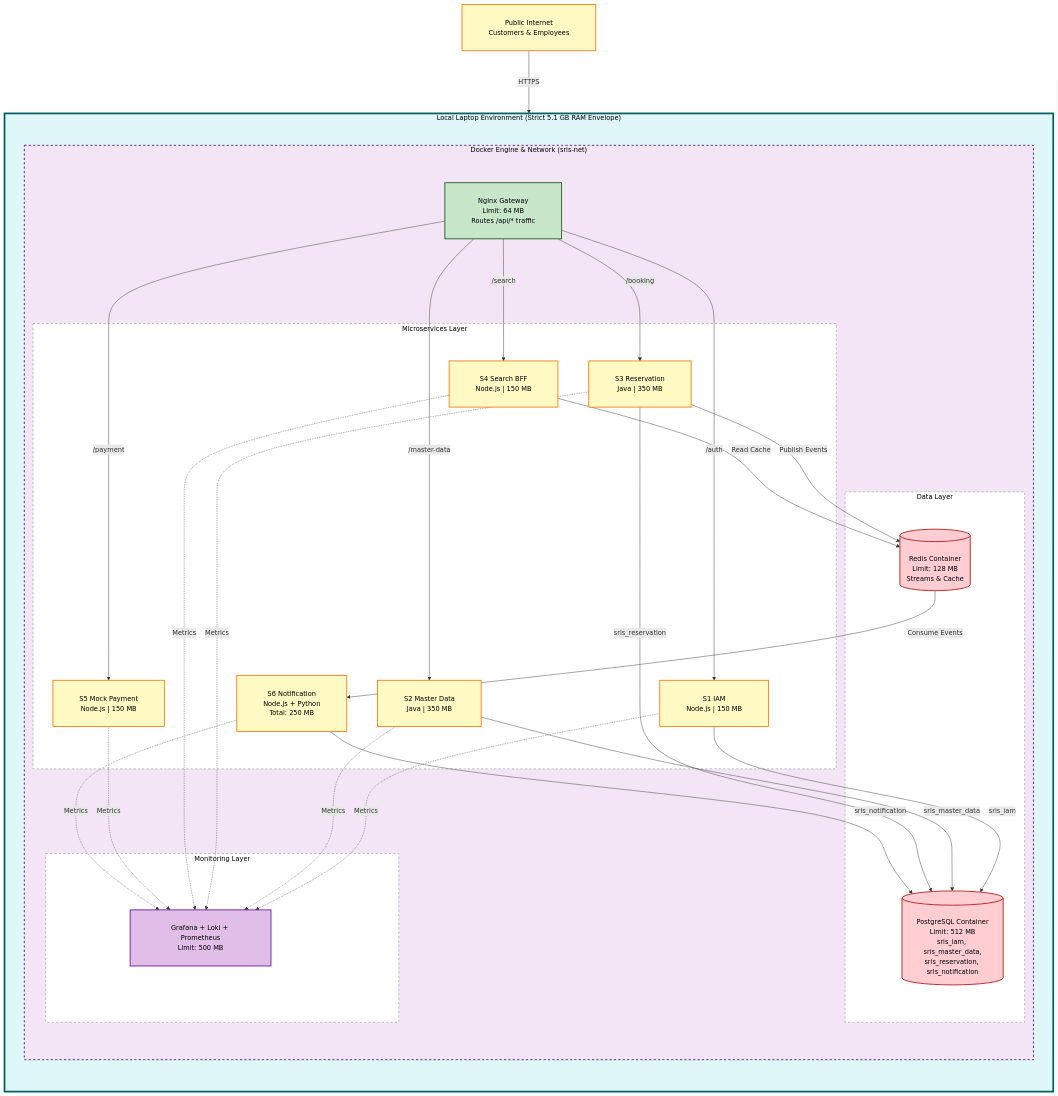
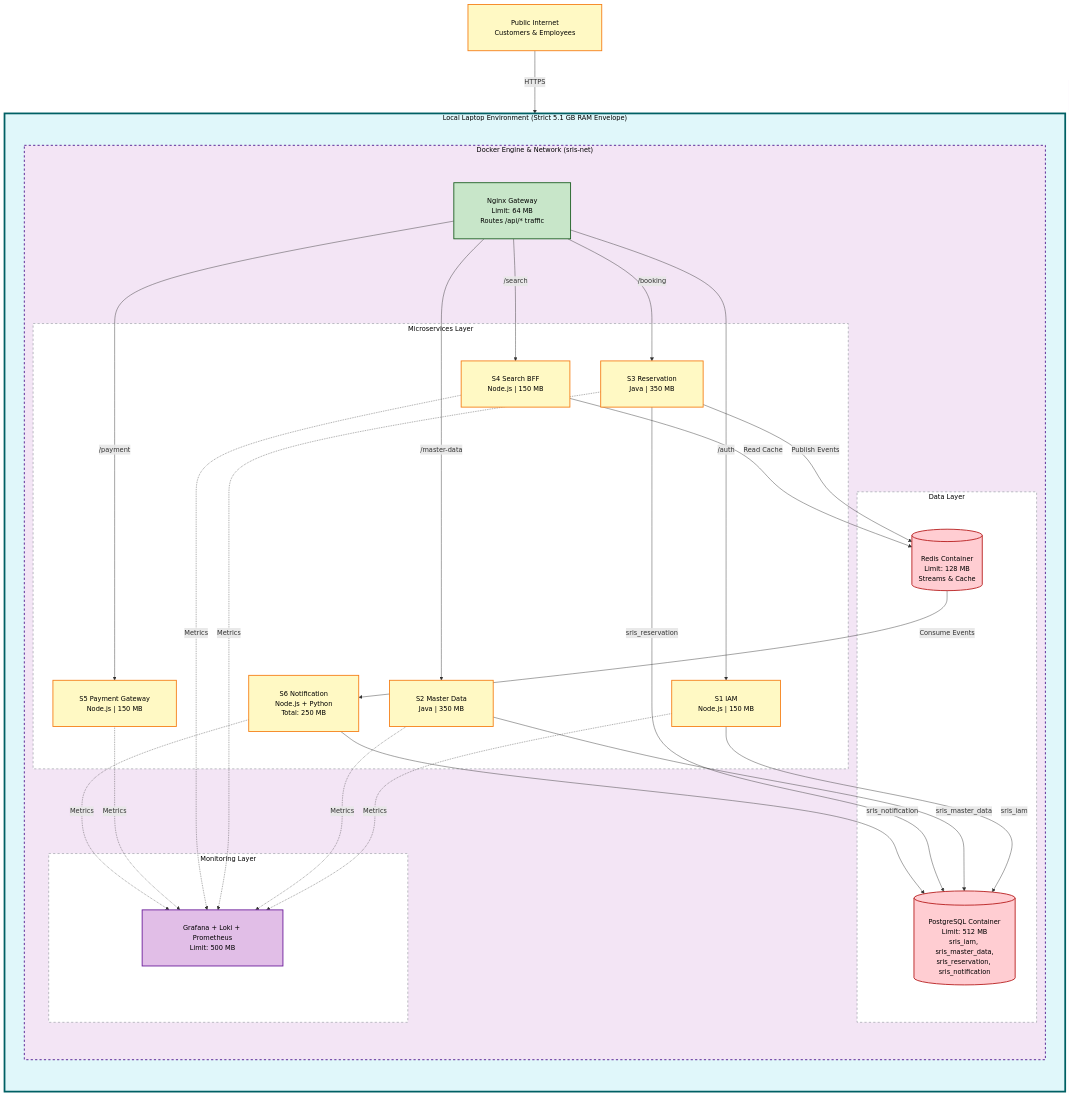
Before and after one commit to koushaljhacs/sris: the fourth of 7 diagrams in docs/phase-1-foundation/wave-2-architecture/SRIS-P1-ARCH-003_SystemArchitectureDocument.md, drawn with Mermaid. The commit also changed other lines of this file, not shown here.

First line of the commit message:
ARCH-003 v1.1: rename S5 to Payment Gateway; declare S4 and S5 stateless

```diff
--- a/docs/phase-1-foundation/wave-2-architecture/SRIS-P1-ARCH-003_SystemArchitectureDocument.md
+++ b/docs/phase-1-foundation/wave-2-architecture/SRIS-P1-ARCH-003_SystemArchitectureDocument.md
@@ -415,7 +409,7 @@
                 S2["S2 Master Data<br/>Java | 350 MB"]:::container
                 S3["S3 Reservation<br/>Java | 350 MB"]:::container
                 S4["S4 Search BFF<br/>Node.js | 150 MB"]:::container
-                S5["S5 Mock Payment<br/>Node.js | 150 MB"]:::container
+                S5["S5 Payment Gateway<br/>Node.js | 150 MB"]:::container
                 S6["S6 Notification<br/>Node.js + Python<br/>Total: 250 MB"]:::container
             end
             
```
